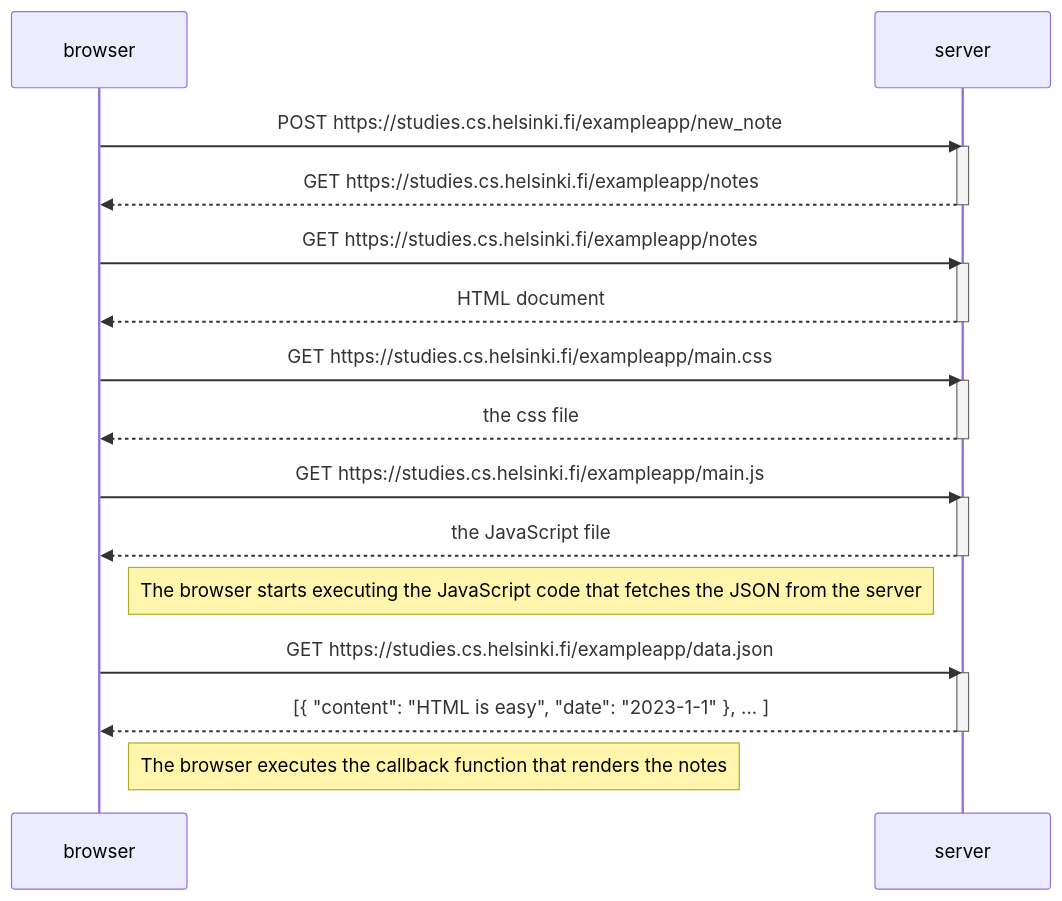
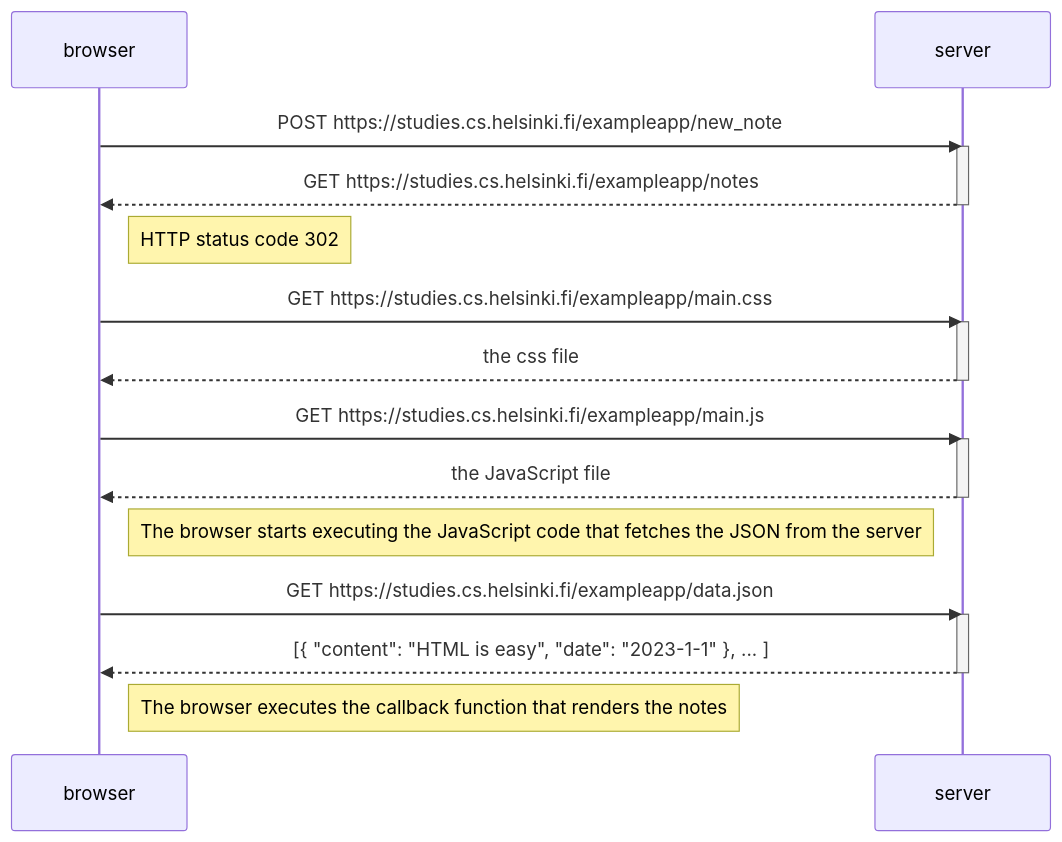
One commit to Eskandar011/helo_git changed the diagram in README.md. Above: the diagram before and after it, drawn with Mermaid.

````diff
--- a/README.md
+++ b/README.md
@@ -3,34 +3,31 @@
 ```mermaid
 sequenceDiagram
     participant browser
     participant server
 
     browser->>server: POST https://studies.cs.helsinki.fi/exampleapp/new_note
     activate server
     server-->>browser: GET https://studies.cs.helsinki.fi/exampleapp/notes
     deactivate server
 
-    browser->>server: GET https://studies.cs.helsinki.fi/exampleapp/notes
-    activate server
-    server-->>browser: HTML document
-    deactivate server
-
+    Note right of browser: HTTP status code 302
+    
     browser->>server: GET https://studies.cs.helsinki.fi/exampleapp/main.css
     activate server
     server-->>browser: the css file
     deactivate server
 
     browser->>server: GET https://studies.cs.helsinki.fi/exampleapp/main.js
     activate server
     server-->>browser: the JavaScript file
     deactivate server
 
     Note right of browser: The browser starts executing the JavaScript code that fetches the JSON from the server
 
     browser->>server: GET https://studies.cs.helsinki.fi/exampleapp/data.json
     activate server
     server-->>browser: [{ "content": "HTML is easy", "date": "2023-1-1" }, ... ]
     deactivate server
 
     Note right of browser: The browser executes the callback function that renders the notes
 ```
````
